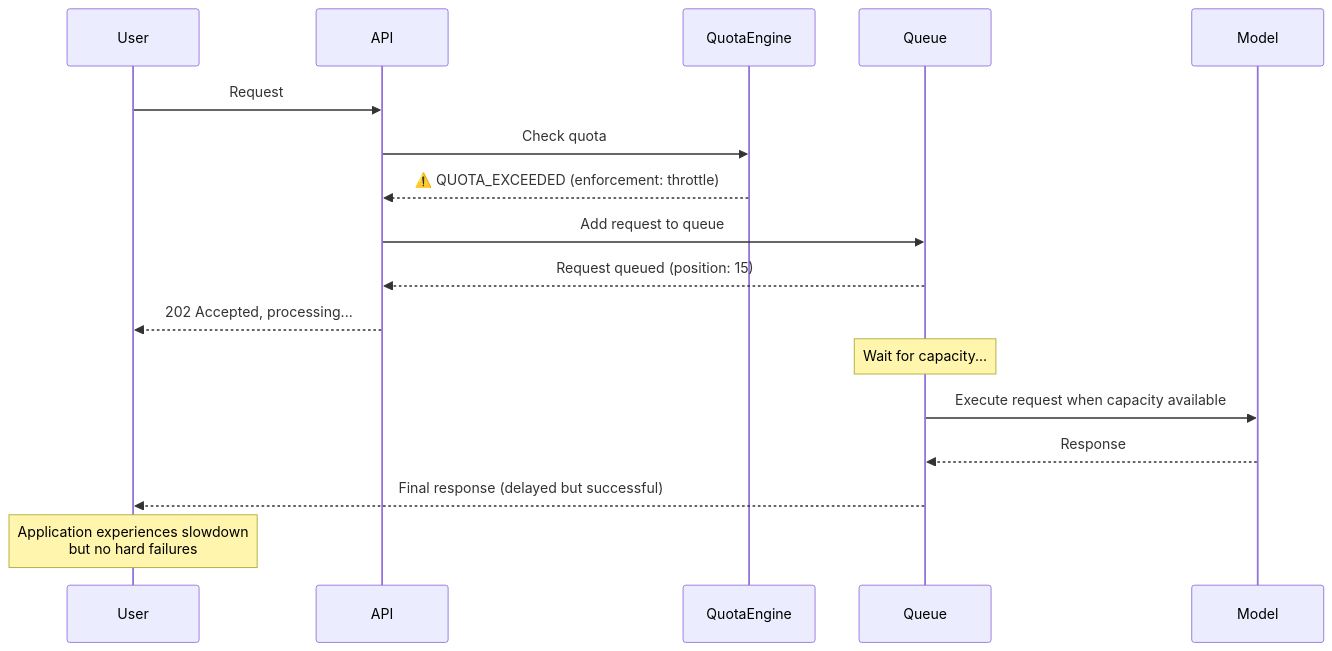
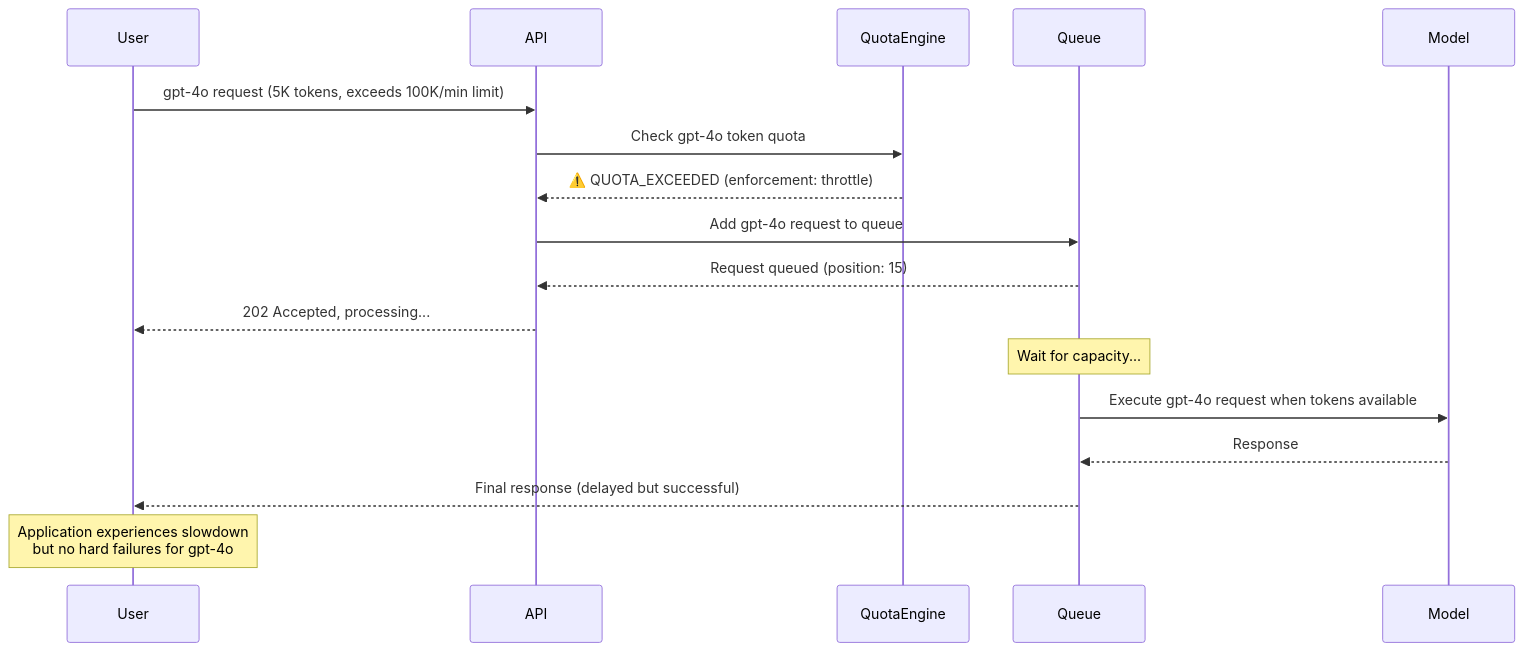
The fifth of 5 diagrams in docs/proposals/maas-entity-architecture.md (noyitz/maas-billing), drawn with Mermaid before and after one commit. The commit also changed other lines of this file, not shown here.

First line of the commit message:
refactor: update MaaS Entity Architecture to a token-based hierarchical model

````diff
--- a/docs/proposals/maas-entity-architecture.md
+++ b/docs/proposals/maas-entity-architecture.md
@@ -684,23 +695,23 @@
 ```mermaid
 sequenceDiagram
     participant User
     participant API
     participant QuotaEngine
     participant Queue
     participant Model
     
-    User->>API: Request #101 (limit: 100/min) 
-    API->>QuotaEngine: Check quota
+    User->>API: gpt-4o request (5K tokens, exceeds 100K/min limit)
+    API->>QuotaEngine: Check gpt-4o token quota
     QuotaEngine-->>API: ⚠️ QUOTA_EXCEEDED (enforcement: throttle)
-    API->>Queue: Add request to queue
+    API->>Queue: Add gpt-4o request to queue
     Queue-->>API: Request queued (position: 15)
     API-->>User: 202 Accepted, processing...
     
     Note over Queue: Wait for capacity...
     
-    Queue->>Model: Execute request when capacity available
+    Queue->>Model: Execute gpt-4o request when tokens available
     Model-->>Queue: Response
     Queue-->>User: Final response (delayed but successful)
     
-    Note over User: Application experiences slowdown<br/>but no hard failures
+    Note over User: Application experiences slowdown<br/>but no hard failures for gpt-4o
 ```
````
